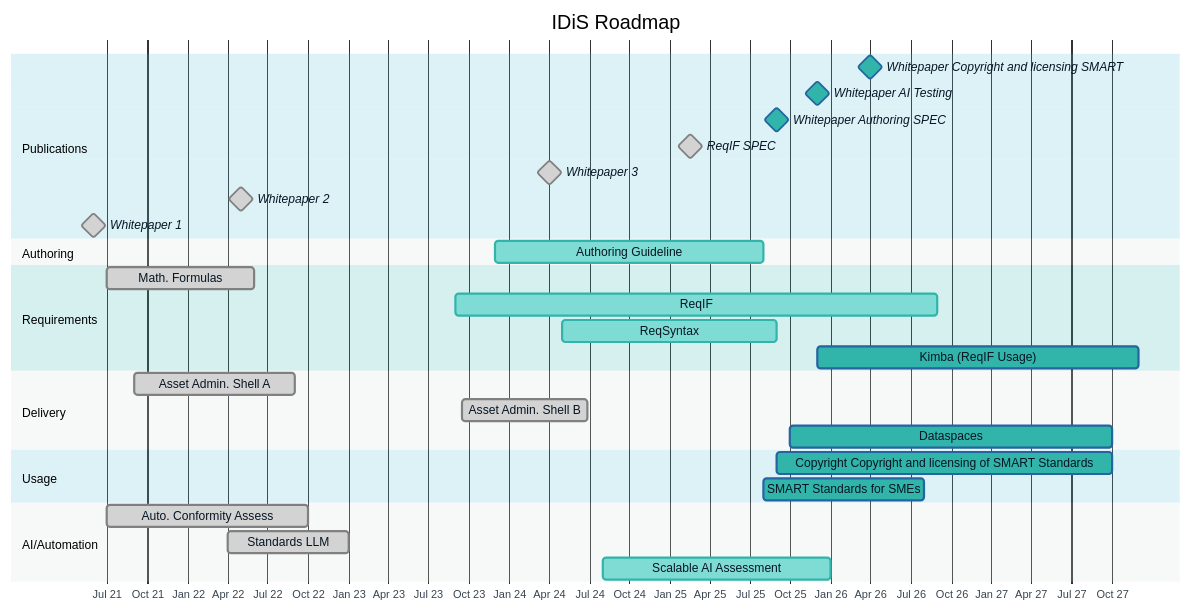
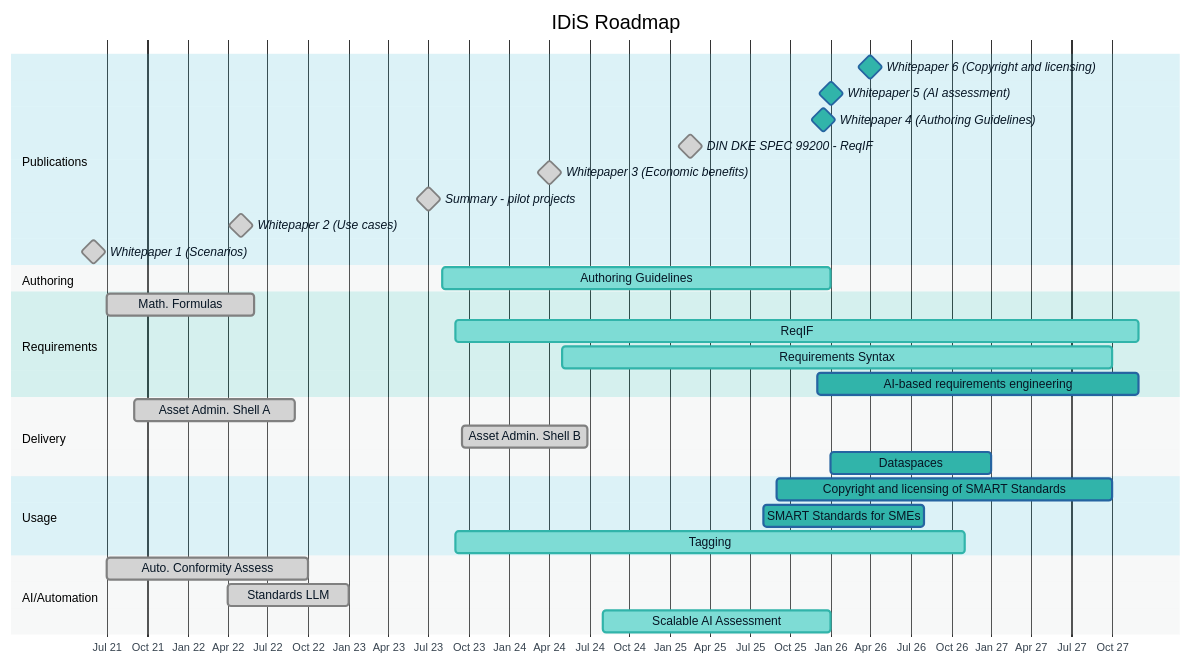
The diagram in idis-roadmap.md (DIN-DKE/DKE_0001__SMART_Standards_Roadmap), drawn with Mermaid before and after one commit. The commit also changed other lines of this file, not shown here.

First line of the commit message:
Update roadmap

````diff
--- a/idis-roadmap.md
+++ b/idis-roadmap.md
@@ -1,57 +1,59 @@
 ```mermaid
 
 %%{
   init: {
     'theme': 'base',
     'themeVariables': {
       'fontFamily': 'Noto Sans, Arial, Sans-Serif',
       'primaryColor': '#31b4aa',
       'primaryTextColor': '#071625',
       'primaryBorderColor': '#2564a1',
       'lineColor': '#d5dddc',
       'secondaryColor': '#3a8dcb',
       'tertiaryColor': '#fff',
       'sectionBkgColor': '#52bdd7',
       'altSectionBkgColor': '#d5dddc'
     }
   }
 }%%
 
 gantt
     dateFormat  YYYY-MM-DD
     title       IDiS Roadmap
     tickInterval 3month
     axisFormat %b %y
 
     section Publications
-    Whitepaper Copyright and licensing SMART : milestone, 2026-03-31, 1d
-    Whitepaper AI Testing       : milestone, 2025-11-31, 1d
-    Whitepaper Authoring SPEC         : milestone, 2025-08-30, 1d
-    ReqIF SPEC             : milestone, done, 2025-02-15, 1d
-    Whitepaper 3           : milestone, done, 2024-04-01, 1d
-    Whitepaper 2           : milestone, done, 2022-05-01, 1d
-    Whitepaper 1           : milestone, done, 2021-06-01, 1d
+    Whitepaper 6 (Copyright and licensing) : milestone, 2026-03-31, 1d
+    Whitepaper 5 (AI assessment)       : milestone, 2026-01-01, 1d
+    Whitepaper 4 (Authoring Guidelines)         : milestone, 2025-12-15, 1d
+    DIN DKE SPEC 99200 - ReqIF             : milestone, done, 2025-02-15, 1d
+    Whitepaper 3 (Economic benefits)           : milestone, done, 2024-04-01, 1d
+    Summary - pilot projects           : milestone, done, 2023-07-01, 1d
+    Whitepaper 2 (Use cases)           : milestone, done, 2022-05-01, 1d
+    Whitepaper 1 (Scenarios)           : milestone, done, 2021-06-01, 1d
 
     section Authoring
-    Authoring Guideline    : active, 2023-11-29, 2025-08-01
+    Authoring Guidelines    : active, 2023-08-01, 2025-12-31
 
     section Requirements
     Math. Formulas         : done, 2021-07-01, 2022-06-01
-    ReqIF                  : active, 2023-08-31, 2026-08-31
-    ReqSyntax              : active, 2024-05-01, 2025-08-30
-    Kimba (ReqIF Usage) :  2025-12-01, 2027-12-01
+    ReqIF                  : active, 2023-08-31, 2027-12-01
+    Requirements Syntax              : active, 2024-05-01, 2027-10-01
+    AI-based requirements engineering :  2025-12-01, 2027-12-01
 
     section Delivery
     Asset Admin. Shell A   : done, 2021-09-01, 2022-09-01
     Asset Admin. Shell B   : done, 2023-09-15, 2024-06-26
-    Dataspaces             : 2025-10-01, 2027-10-01
+    Dataspaces             : 2026-01-01, 2027-01-01
 
     section Usage
-    Copyright Copyright and licensing of SMART Standards : 2025-09-01, 2027-10-01
+    Copyright and licensing of SMART Standards : 2025-09-01, 2027-10-01
     SMART Standards for SMEs : 2025-08-01, 2026-08-01
+    Tagging : active, 2023-09-01, 2026-11-01
 
     section AI/Automation
     Auto. Conformity Assess: done, 2021-07-01, 2022-10-01
     Standards LLM          : done, 2022-04-01, 2023-01-01
     Scalable AI Assessment : active, 2024-08-01, 2025-12-31 
 ```
````
